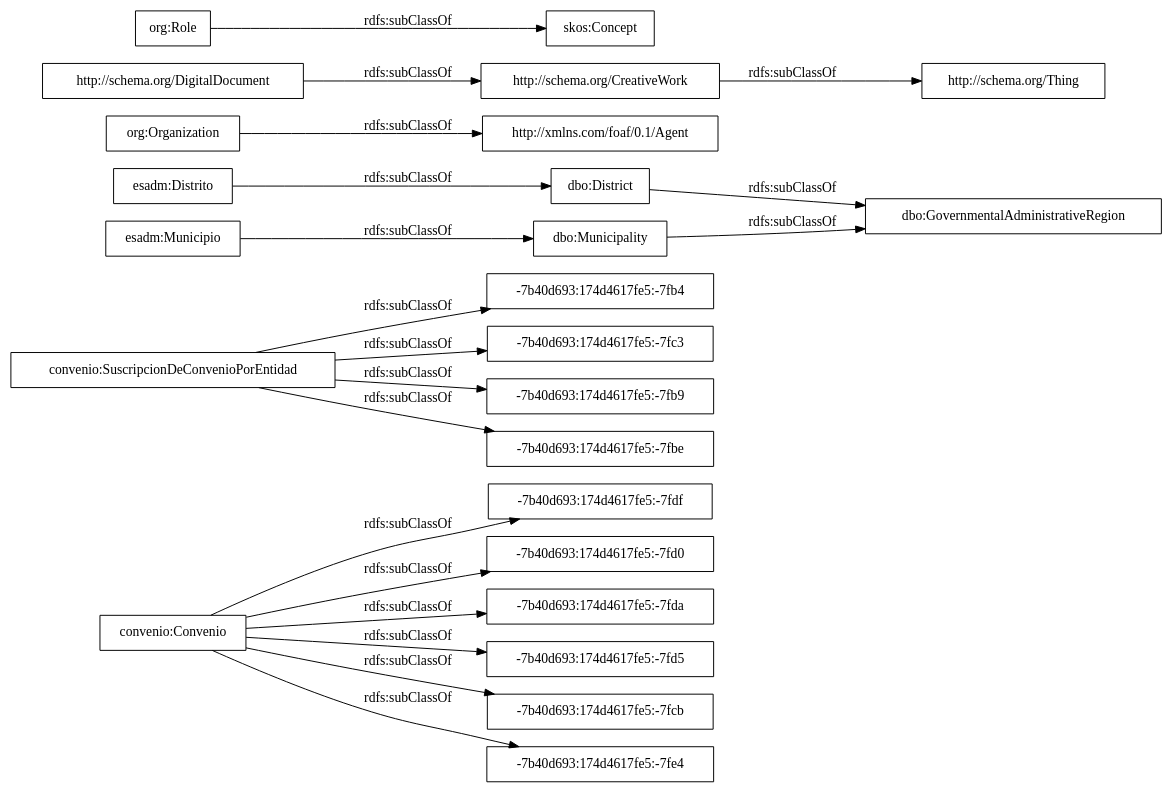
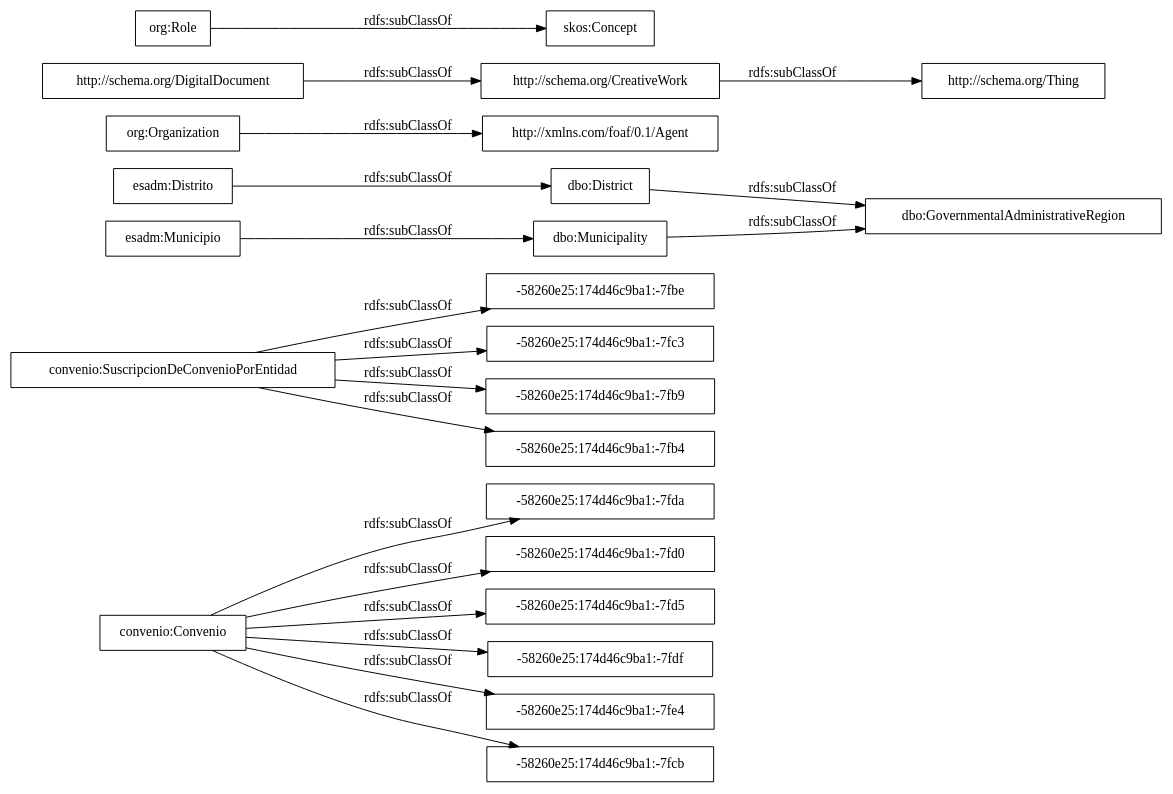
The diagram in OnToology/ontology/convenio.owl/diagrams/ar2dtool-taxonomy/convenio.owl.png.dot (leticiarubalcabadg/vocab-sector-publico-convenios), drawn with Graphviz before and after one commit. The commit also changed 9 other files, not shown here.

```diff
--- a/OnToology/ontology/convenio.owl/diagrams/ar2dtool-taxonomy/convenio.owl.png.dot
+++ b/OnToology/ontology/convenio.owl/diagrams/ar2dtool-taxonomy/convenio.owl.png.dot
@@ -1,24 +1,24 @@
 digraph ar2dtool_diagram { 
 rankdir=LR;
 size="1000"
-node [shape = rectangle, color="black"]; "convenio:Convenio" "-7b40d693:174d4617fe5:-7fdf" "-7b40d693:174d4617fe5:-7fb4" "-7b40d693:174d4617fe5:-7fd0" "dbo:GovernmentalAdministrativeRegion" "http://xmlns.com/foaf/0.1/Agent" "-7b40d693:174d4617fe5:-7fda" "http://schema.org/CreativeWork" "-7b40d693:174d4617fe5:-7fd5" "dbo:District" "-7b40d693:174d4617fe5:-7fcb" "-7b40d693:174d4617fe5:-7fc3" "convenio:SuscripcionDeConvenioPorEntidad" "esadm:Distrito" "http://schema.org/DigitalDocument" "http://schema.org/Thing" "dbo:Municipality" "-7b40d693:174d4617fe5:-7fb9" "skos:Concept" "-7b40d693:174d4617fe5:-7fbe" "esadm:Municipio" "org:Organization" "org:Role" "-7b40d693:174d4617fe5:-7fe4" ; /*classes style*/
-	"convenio:Convenio" -> "-7b40d693:174d4617fe5:-7fe4" [ label = "rdfs:subClassOf" ];
-	"convenio:Convenio" -> "-7b40d693:174d4617fe5:-7fd5" [ label = "rdfs:subClassOf" ];
-	"convenio:Convenio" -> "-7b40d693:174d4617fe5:-7fcb" [ label = "rdfs:subClassOf" ];
-	"convenio:Convenio" -> "-7b40d693:174d4617fe5:-7fdf" [ label = "rdfs:subClassOf" ];
-	"convenio:Convenio" -> "-7b40d693:174d4617fe5:-7fda" [ label = "rdfs:subClassOf" ];
-	"convenio:Convenio" -> "-7b40d693:174d4617fe5:-7fd0" [ label = "rdfs:subClassOf" ];
+node [shape = rectangle, color="black"]; "convenio:Convenio" "-58260e25:174d46c9ba1:-7fda" "-58260e25:174d46c9ba1:-7fbe" "dbo:GovernmentalAdministrativeRegion" "-58260e25:174d46c9ba1:-7fd0" "http://xmlns.com/foaf/0.1/Agent" "http://schema.org/CreativeWork" "-58260e25:174d46c9ba1:-7fd5" "-58260e25:174d46c9ba1:-7fdf" "-58260e25:174d46c9ba1:-7fc3" "dbo:District" "-58260e25:174d46c9ba1:-7fe4" "-58260e25:174d46c9ba1:-7fb9" "convenio:SuscripcionDeConvenioPorEntidad" "esadm:Distrito" "http://schema.org/DigitalDocument" "http://schema.org/Thing" "dbo:Municipality" "skos:Concept" "esadm:Municipio" "org:Organization" "org:Role" "-58260e25:174d46c9ba1:-7fcb" "-58260e25:174d46c9ba1:-7fb4" ; /*classes style*/
+	"convenio:Convenio" -> "-58260e25:174d46c9ba1:-7fd0" [ label = "rdfs:subClassOf" ];
+	"convenio:Convenio" -> "-58260e25:174d46c9ba1:-7fd5" [ label = "rdfs:subClassOf" ];
+	"convenio:Convenio" -> "-58260e25:174d46c9ba1:-7fcb" [ label = "rdfs:subClassOf" ];
+	"convenio:Convenio" -> "-58260e25:174d46c9ba1:-7fda" [ label = "rdfs:subClassOf" ];
+	"convenio:Convenio" -> "-58260e25:174d46c9ba1:-7fdf" [ label = "rdfs:subClassOf" ];
+	"convenio:Convenio" -> "-58260e25:174d46c9ba1:-7fe4" [ label = "rdfs:subClassOf" ];
 	"org:Organization" -> "http://xmlns.com/foaf/0.1/Agent" [ label = "rdfs:subClassOf" ];
 	"http://schema.org/CreativeWork" -> "http://schema.org/Thing" [ label = "rdfs:subClassOf" ];
 	"org:Role" -> "skos:Concept" [ label = "rdfs:subClassOf" ];
-	"convenio:SuscripcionDeConvenioPorEntidad" -> "-7b40d693:174d4617fe5:-7fbe" [ label = "rdfs:subClassOf" ];
-	"convenio:SuscripcionDeConvenioPorEntidad" -> "-7b40d693:174d4617fe5:-7fb9" [ label = "rdfs:subClassOf" ];
-	"convenio:SuscripcionDeConvenioPorEntidad" -> "-7b40d693:174d4617fe5:-7fb4" [ label = "rdfs:subClassOf" ];
-	"convenio:SuscripcionDeConvenioPorEntidad" -> "-7b40d693:174d4617fe5:-7fc3" [ label = "rdfs:subClassOf" ];
+	"convenio:SuscripcionDeConvenioPorEntidad" -> "-58260e25:174d46c9ba1:-7fb4" [ label = "rdfs:subClassOf" ];
+	"convenio:SuscripcionDeConvenioPorEntidad" -> "-58260e25:174d46c9ba1:-7fc3" [ label = "rdfs:subClassOf" ];
+	"convenio:SuscripcionDeConvenioPorEntidad" -> "-58260e25:174d46c9ba1:-7fbe" [ label = "rdfs:subClassOf" ];
+	"convenio:SuscripcionDeConvenioPorEntidad" -> "-58260e25:174d46c9ba1:-7fb9" [ label = "rdfs:subClassOf" ];
 	"esadm:Distrito" -> "dbo:District" [ label = "rdfs:subClassOf" ];
 	"dbo:Municipality" -> "dbo:GovernmentalAdministrativeRegion" [ label = "rdfs:subClassOf" ];
 	"dbo:District" -> "dbo:GovernmentalAdministrativeRegion" [ label = "rdfs:subClassOf" ];
 	"http://schema.org/DigitalDocument" -> "http://schema.org/CreativeWork" [ label = "rdfs:subClassOf" ];
 	"esadm:Municipio" -> "dbo:Municipality" [ label = "rdfs:subClassOf" ];
 
 }
```
